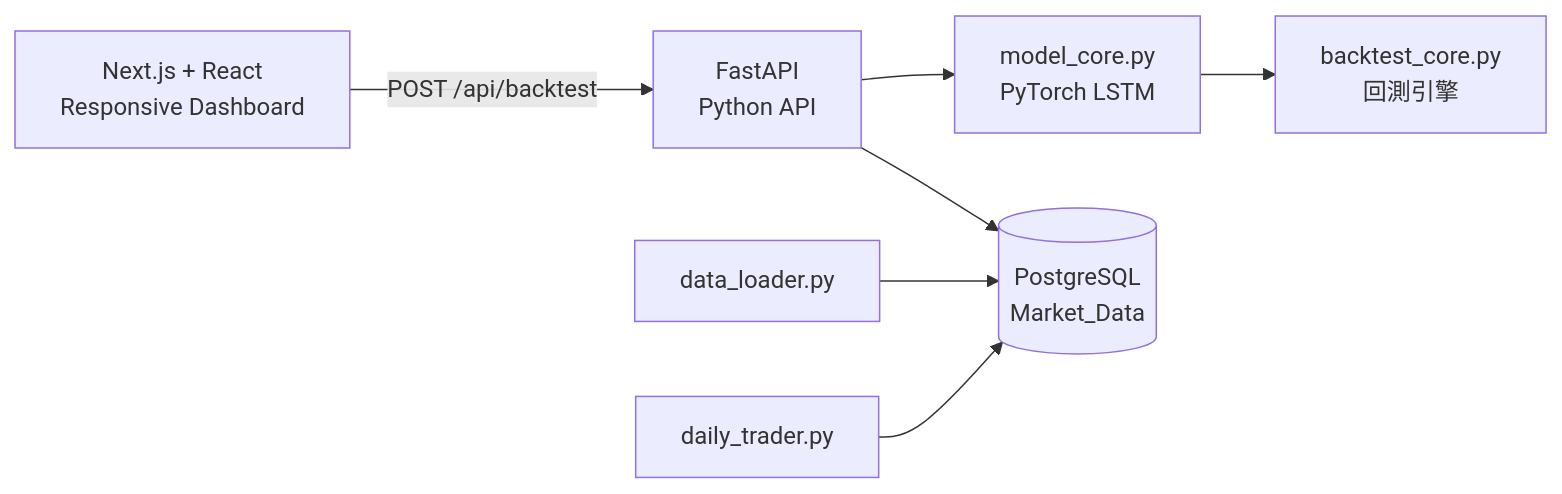
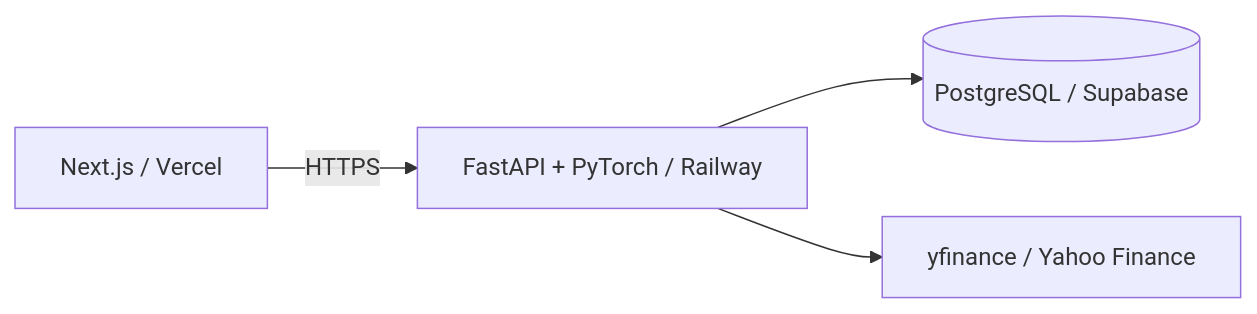
The diagram in README.md (johnjohn1207/AI-STOCK-System), drawn with Mermaid before and after one commit. The commit also changed other lines of this file, not shown here.

Commit message:
docs: add Vercel Railway Supabase deployment guide

````diff
--- a/README.md
+++ b/README.md
@@ -18,9 +13,6 @@
 ```mermaid
 graph LR
-    WEB[Next.js + React\nResponsive Dashboard] -->|POST /api/backtest| API[FastAPI\nPython API]
-    API --> MODEL[model_core.py\nPyTorch LSTM]
-    MODEL --> BT[backtest_core.py\n回測引擎]
-    API --> DB[(PostgreSQL\nMarket_Data)]
-    ETL[data_loader.py] --> DB
-    TRADER[daily_trader.py] --> DB
+    WEB[Next.js / Vercel] -->|HTTPS| API[FastAPI + PyTorch / Railway]
+    API --> DB[(PostgreSQL / Supabase)]
+    API --> YF[yfinance / Yahoo Finance]
 ```
````
